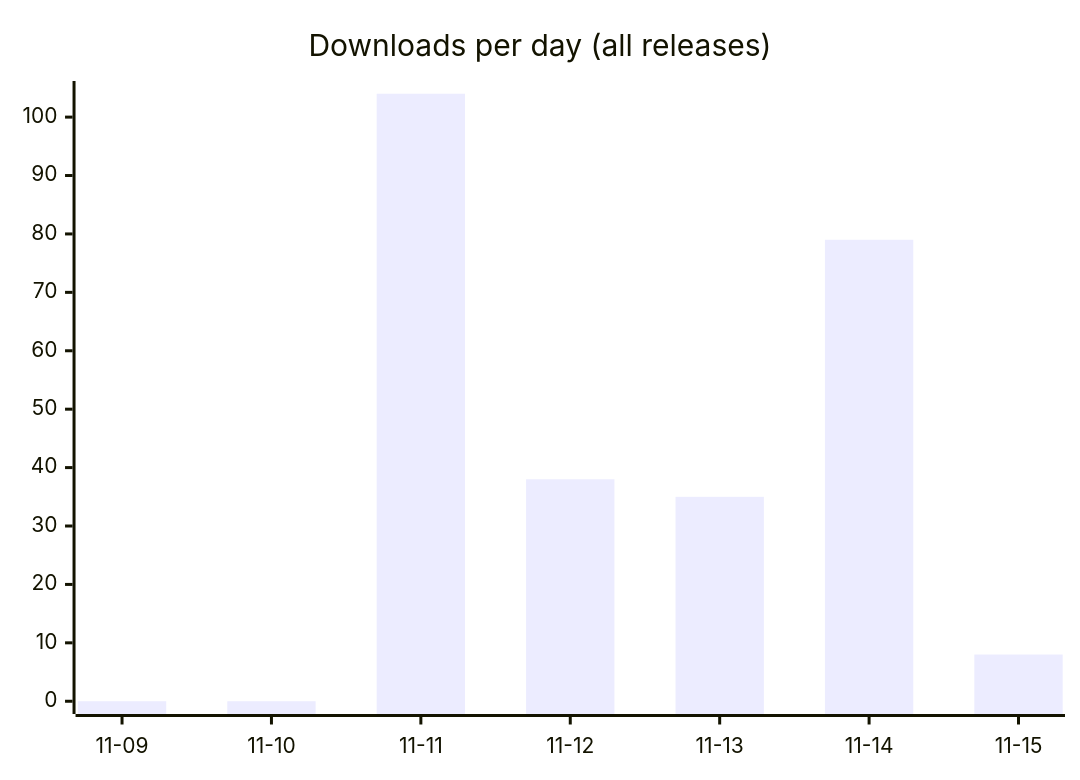
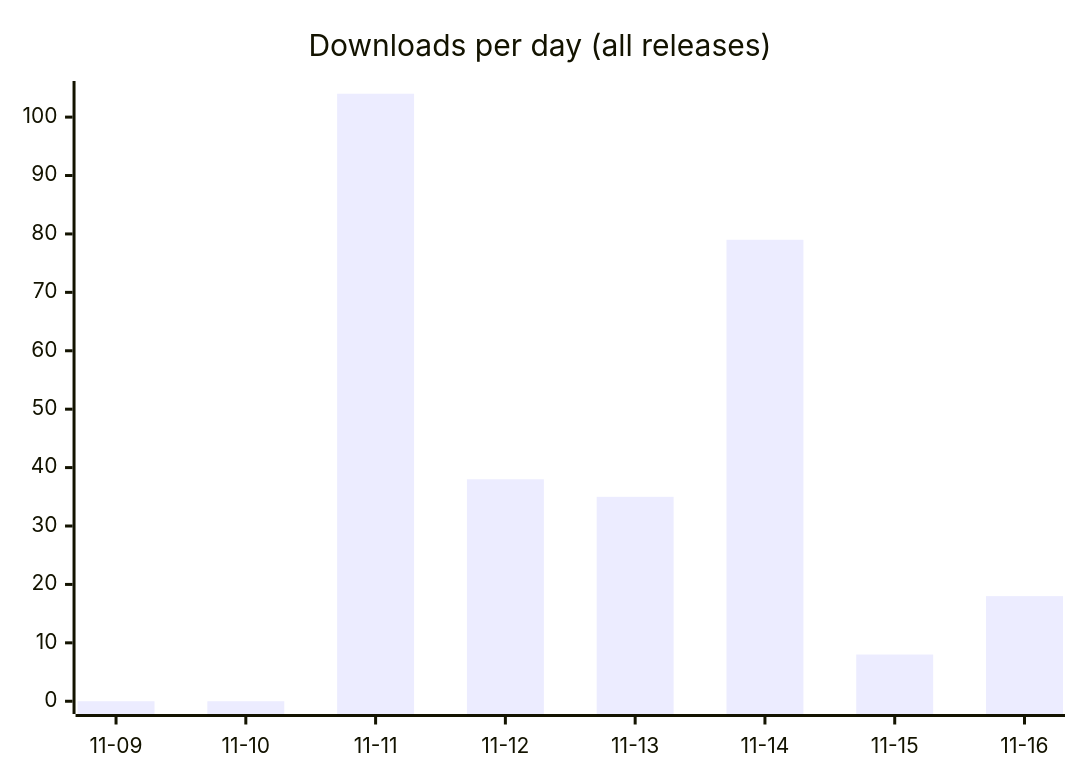
One commit to fmadore/Kalamu changed the first of 2 diagrams in README.md. Above: the diagram before and after it, drawn with Mermaid. The commit also changed other lines of this file and 3 other files, not shown here.

````diff
--- a/README.md
+++ b/README.md
@@ -44,6 +44,6 @@
 ```mermaid
 xychart-beta
     title "Downloads per day (all releases)"
-    x-axis ["11-09", "11-10", "11-11", "11-12", "11-13", "11-14", "11-15"]
-    bar [0, 0, 104, 38, 35, 79, 8]
+    x-axis ["11-09", "11-10", "11-11", "11-12", "11-13", "11-14", "11-15", "11-16"]
+    bar [0, 0, 104, 38, 35, 79, 8, 18]
 ```
````
